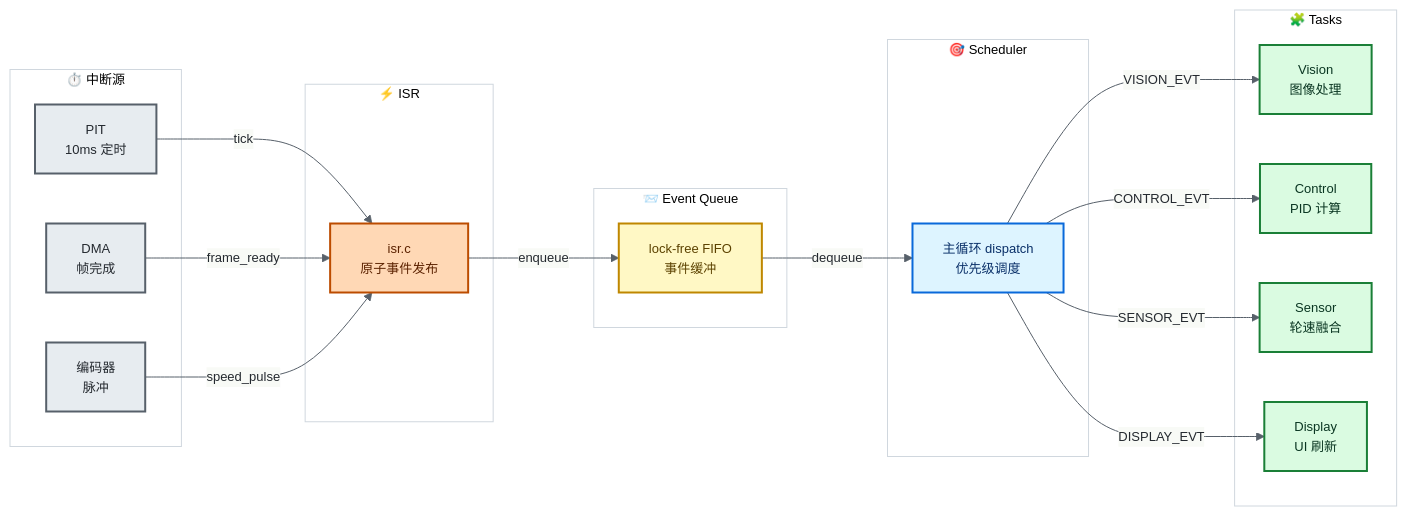
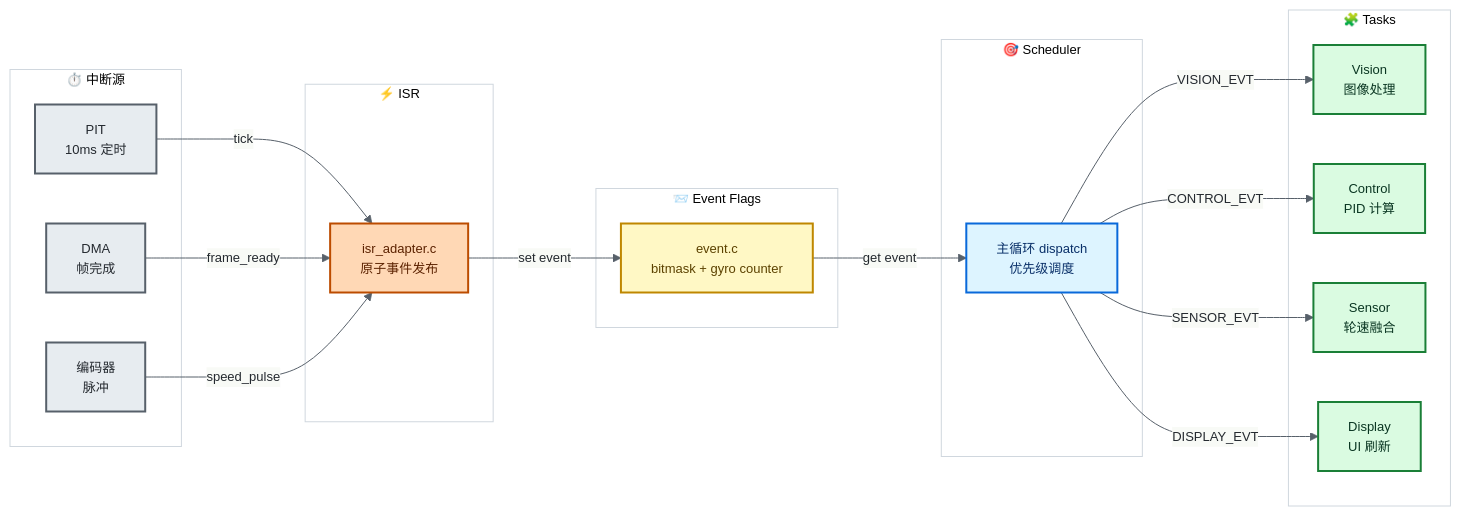
One commit to ParacosmYy/GS_Smart_car changed the third of 3 diagrams in README.md. Above: the diagram before and after it, drawn with Mermaid. The commit also changed other lines of this file and 25 other files, not shown here.

````diff
--- a/README.md
+++ b/README.md
@@ -134,44 +142,44 @@
 ```mermaid
 %%{init: {'theme':'base','themeVariables':{'primaryColor':'#f6f8fa','primaryTextColor':'#24292f','primaryBorderColor':'#d0d7de','lineColor':'#57606a','fontSize':'13px','fontFamily':'ui-sans-serif,system-ui,-apple-system,Segoe UI,Helvetica,Arial,sans-serif','clusterBkg':'#ffffff','clusterBorder':'#d0d7de'}}}%%
 flowchart LR
     classDef hw      fill:#e7ecf0,stroke:#57606a,stroke-width:2px,color:#24292f
     classDef isr     fill:#ffd8b5,stroke:#bc4c00,stroke-width:2px,color:#5c2200
     classDef queue   fill:#fff8c5,stroke:#bf8700,stroke-width:2px,color:#5c4200
     classDef sched   fill:#ddf4ff,stroke:#0969da,stroke-width:2px,color:#0a3069
     classDef task    fill:#dafbe1,stroke:#1a7f37,stroke-width:2px,color:#0a3622
 
     subgraph SRC[" ⏱️ 中断源 "]
         PIT["PIT<br/>10ms 定时"]:::hw
         DMA["DMA<br/>帧完成"]:::hw
         ENC["编码器<br/>脉冲"]:::hw
     end
 
     subgraph ISRG[" ⚡ ISR "]
-        HANDLER["isr.c<br/>原子事件发布"]:::isr
+        HANDLER["isr_adapter.c<br/>原子事件发布"]:::isr
     end
 
-    subgraph BUS[" 📨 Event Queue "]
-        Q["lock-free FIFO<br/>事件缓冲"]:::queue
+    subgraph BUS[" 📨 Event Flags "]
+        Q["event.c<br/>bitmask + gyro counter"]:::queue
     end
 
     subgraph SCHED[" 🎯 Scheduler "]
         SCH["主循环 dispatch<br/>优先级调度"]:::sched
     end
 
     subgraph TASKS[" 🧩 Tasks "]
         T_VIS["Vision<br/>图像处理"]:::task
         T_CTL["Control<br/>PID 计算"]:::task
         T_SEN["Sensor<br/>轮速融合"]:::task
         T_DSP["Display<br/>UI 刷新"]:::task
     end
 
     PIT -->|tick| HANDLER
     DMA -->|frame_ready| HANDLER
     ENC -->|speed_pulse| HANDLER
-    HANDLER -->|enqueue| Q
-    Q     -->|dequeue| SCH
+    HANDLER -->|set event| Q
+    Q     -->|get event| SCH
     SCH   -->|VISION_EVT| T_VIS
     SCH   -->|CONTROL_EVT| T_CTL
     SCH   -->|SENSOR_EVT| T_SEN
     SCH   -->|DISPLAY_EVT| T_DSP
 ```
````
